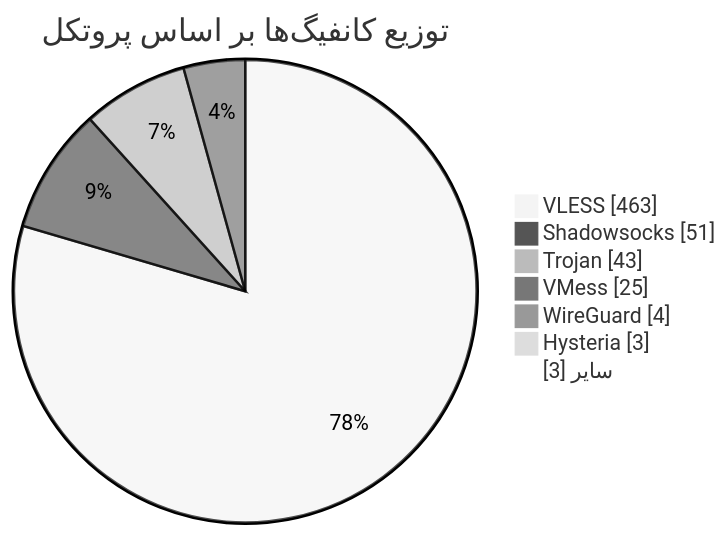
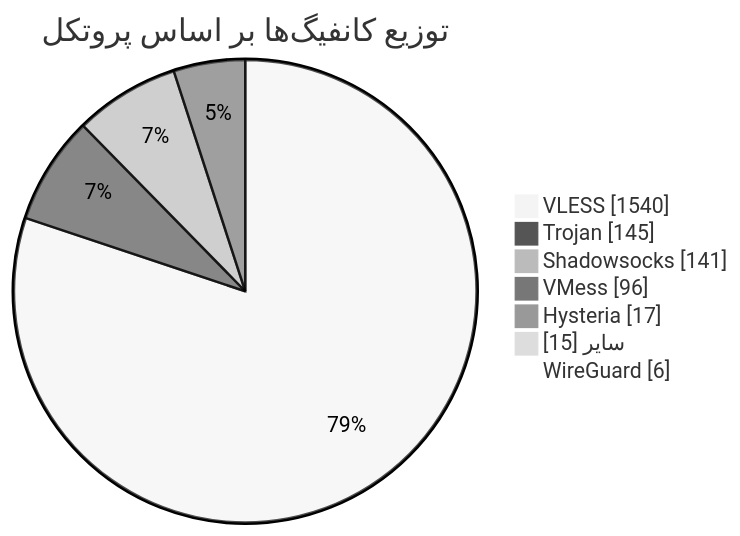
One commit to Arian-Alijani/Somthing changed the diagram in README.md. Above: the diagram before and after it, drawn with Mermaid (neutral theme). The commit also changed other lines of this file and 21 other files, not shown here.

````diff
--- a/README.md
+++ b/README.md
@@ -49,11 +49,11 @@
 ```mermaid
 pie showData
     title توزیع کانفیگ‌ها بر اساس پروتکل
-    "VLESS" : 463
-    "Shadowsocks" : 51
-    "Trojan" : 43
-    "VMess" : 25
-    "WireGuard" : 4
-    "Hysteria" : 3
-    "سایر" : 3
+    "VLESS" : 1540
+    "Trojan" : 145
+    "Shadowsocks" : 141
+    "VMess" : 96
+    "Hysteria" : 17
+    "سایر" : 15
+    "WireGuard" : 6
 ```
````
